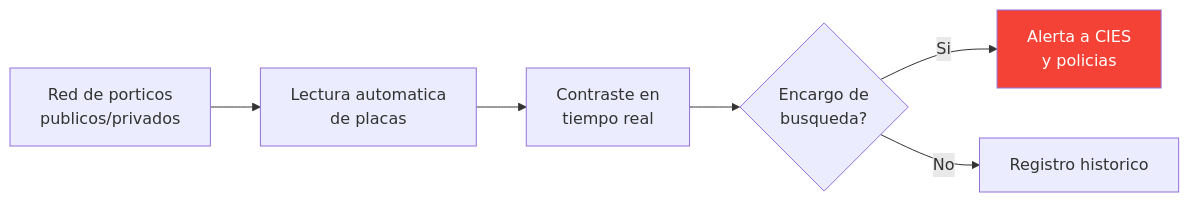
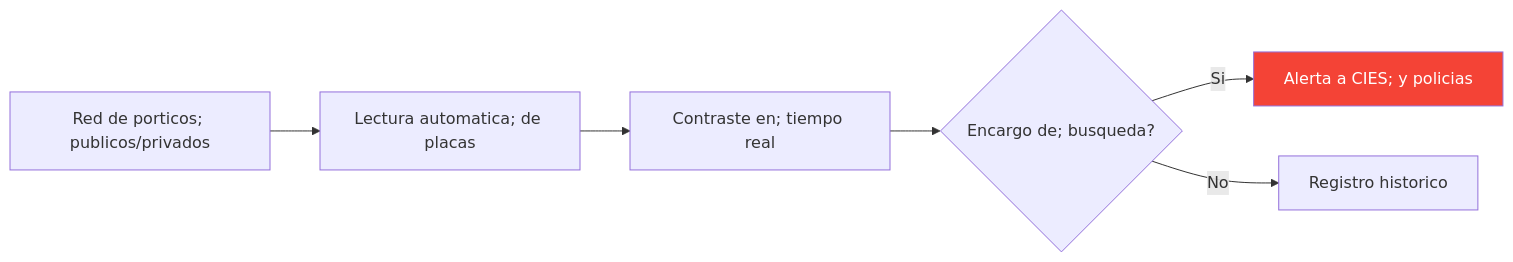
The fifth of 8 diagrams in KNOWLEDGE/gn/kb/bpmn-cies-sitia.md (felix-antonio-sl/kora), drawn with Mermaid before and after one commit. The commit also changed other lines of this file and 1034 other files, not shown here.

````diff
--- a/KNOWLEDGE/gn/kb/bpmn-cies-sitia.md
+++ b/KNOWLEDGE/gn/kb/bpmn-cies-sitia.md
@@ -180,10 +189,10 @@
 ```mermaid
 flowchart LR
-    A["Red de porticos<br/>publicos/privados"] --> B["Lectura automatica<br/>de placas"]
-    B --> C["Contraste en<br/>tiempo real"]
-    C --> D{"Encargo de<br/>busqueda?"}
-    D -->|"Si"| E["Alerta a CIES<br/>y policias"]
-    D -->|"No"| F["Registro historico"]
+ A["Red de porticos; publicos/privados"] --> B["Lectura automatica; de placas"]
+ B --> C["Contraste en; tiempo real"]
+ C --> D{"Encargo de; busqueda?"}
+ D -->|"Si"| E["Alerta a CIES; y policias"]
+ D -->|"No"| F["Registro historico"]
 
-    style E fill:#f44336,color:#fff
+ style E fill:#f44336,color:#fff
 ```
````
